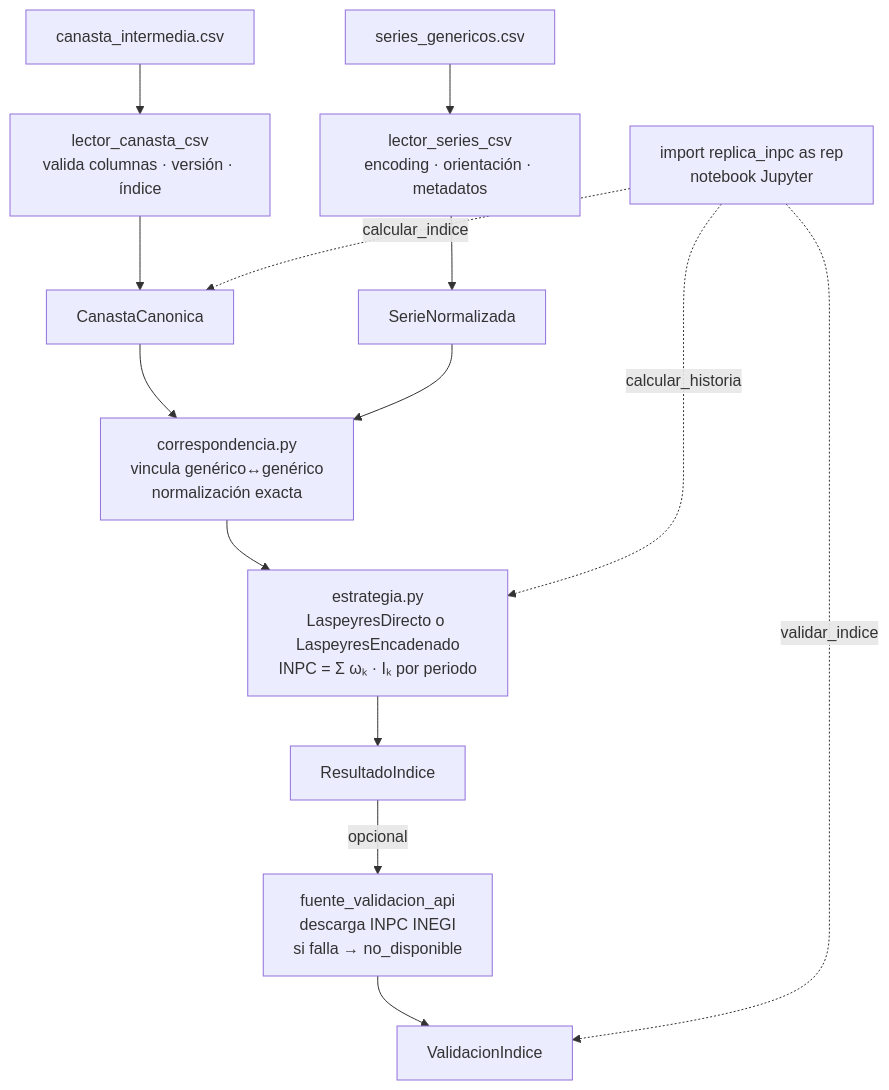
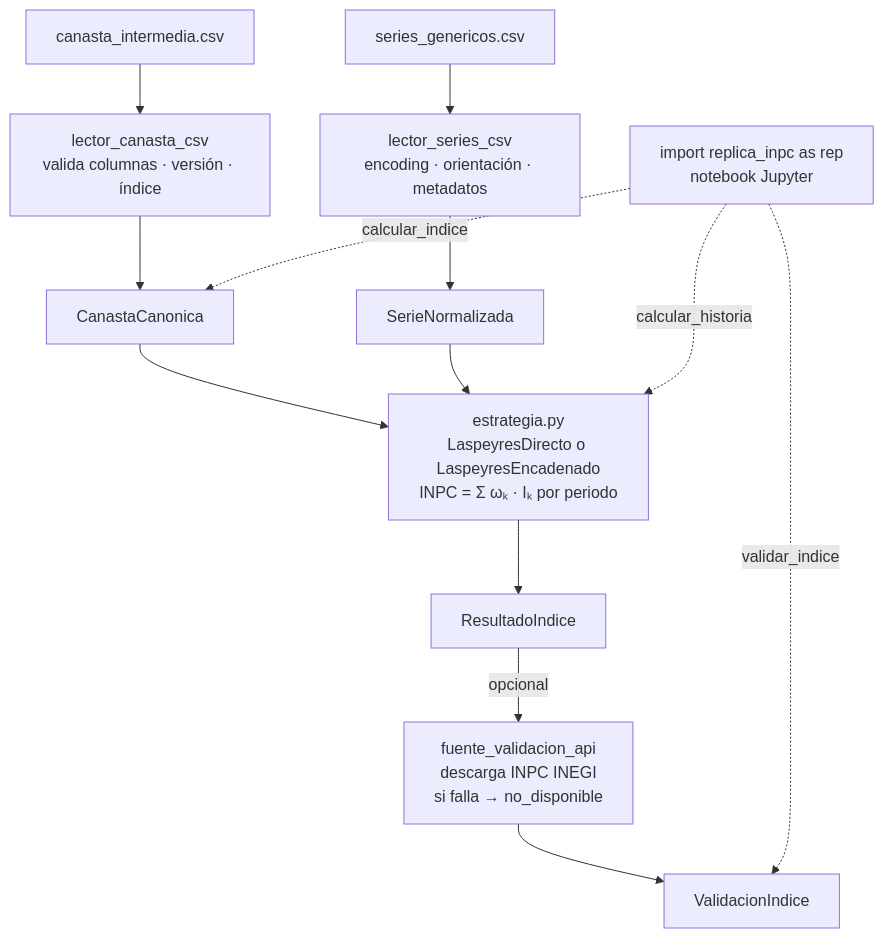
One commit to 2kom/replica-inpc-mx changed the second of 2 diagrams in docs/diseño.md. Above: the diagram before and after it, drawn with Mermaid. The commit also changed other lines of this file and 7 other files, not shown here.

````diff
--- a/docs/diseño.md
+++ b/docs/diseño.md
@@ -337,26 +335,24 @@
 ```mermaid
 flowchart TD
     CSV1[canasta_intermedia.csv]
     CSV2[series_genericos.csv]
 
     CSV1 --> LCC["lector_canasta_csv<br/>valida columnas · versión · índice"]
     CSV2 --> LSC["lector_series_csv<br/>encoding · orientación · metadatos"]
 
     LCC --> CC[CanastaCanonica]
     LSC --> SN[SerieNormalizada]
 
-    CC & SN --> CORR["correspondencia.py<br/>vincula genérico↔genérico<br/>normalización exacta"]
-
-    CORR --> EST["estrategia.py<br/>LaspeyresDirecto o LaspeyresEncadenado<br/>INPC = Σ ωₖ · Iₖ por periodo"]
+    CC & SN --> EST["estrategia.py<br/>LaspeyresDirecto o LaspeyresEncadenado<br/>INPC = Σ ωₖ · Iₖ por periodo"]
 
     EST --> RI[ResultadoIndice]
 
     RI -->|opcional| FVAPI["fuente_validacion_api<br/>descarga INPC INEGI<br/>si falla → no_disponible"]
 
     FVAPI --> VAL[ValidacionIndice]
 
     NB["import replica_inpc as rep<br/>notebook Jupyter"]
     NB -.->|calcular_indice| CC
     NB -.->|calcular_historia| EST
     NB -.->|validar_indice| VAL
 ```
````
